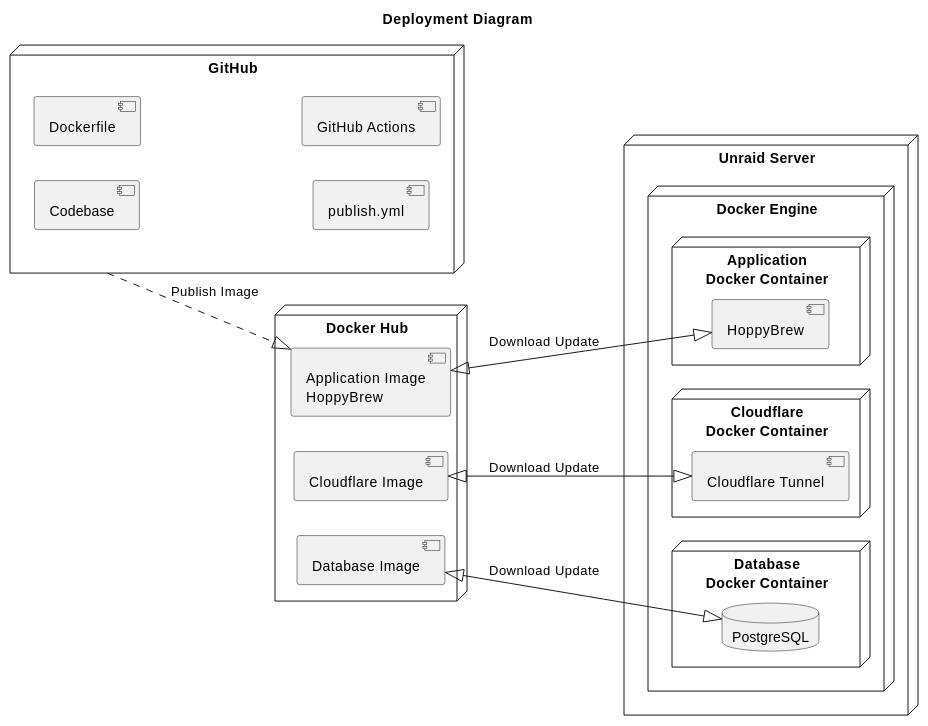
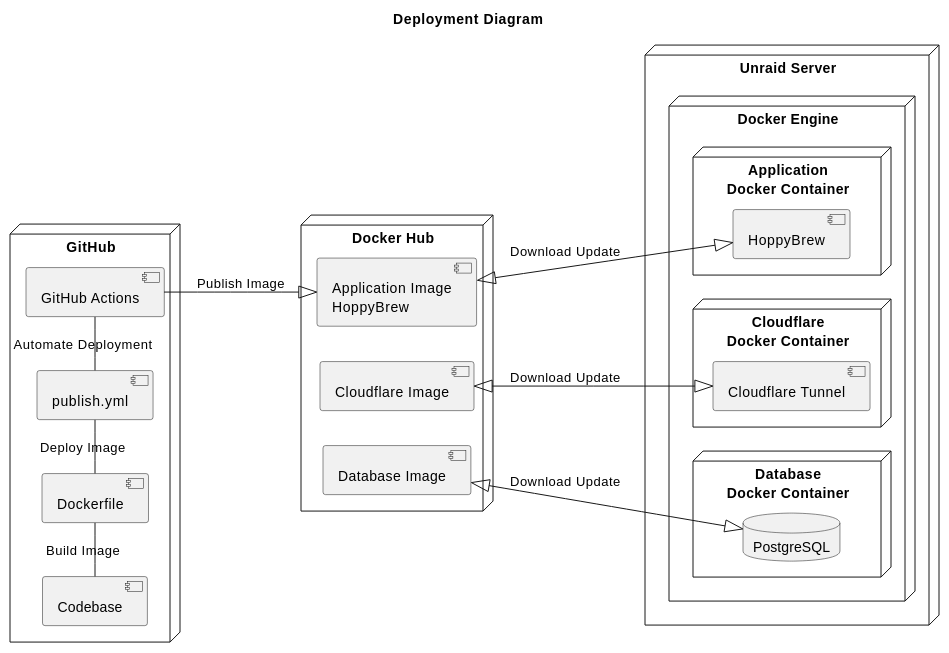
Before and after one commit to asbor/iu-project-software-engineering: the eighth of 8 diagrams in documents/01-Conception-Phase/00-HoppyBrew.md, drawn with PlantUML. The commit also changed 3 other files, not shown here.

```diff
--- a/documents/01-Conception-Phase/00-HoppyBrew.md
+++ b/documents/01-Conception-Phase/00-HoppyBrew.md
@@ -863,40 +863,45 @@
 @startuml 08-Deployment-View
 title Deployment Diagram
 
 left to right direction
 
 node "GitHub" as github {
     component "Codebase" as codebase
     component "Dockerfile" as dockerfile
     component "publish.yml" as publish
     component "GitHub Actions" as githubActions
 }
+
+codebase - dockerfile : Build Image
+dockerfile - publish : Deploy Image
+publish - githubActions : Automate Deployment
+
 
 node "Docker Hub" as dockerHub {
     component "Application Image\nHoppyBrew" as appImage
     component "Cloudflare Image" as cloudflareImage
     component "Database Image" as databaseImage
 }
 
 node "Unraid Server" as unraid {
     node "Docker Engine" {
         node "Cloudflare\nDocker Container" {
             component "Cloudflare Tunnel" as cloudflareTunnel
         }
 
         node "Application\nDocker Container" {
             component "HoppyBrew" as hoppybrew
         }
 
         node "Database\nDocker Container" {
             database "PostgreSQL" as postgres
         }
     }
 }
 
-github ..|> appImage : Publish Image
+githubActions --|> appImage : Publish Image
 appImage <|--|> hoppybrew : Download Update
 cloudflareImage <|--|> cloudflareTunnel : Download Update
 databaseImage <|--|> postgres : Download Update
 
 @enduml
```
